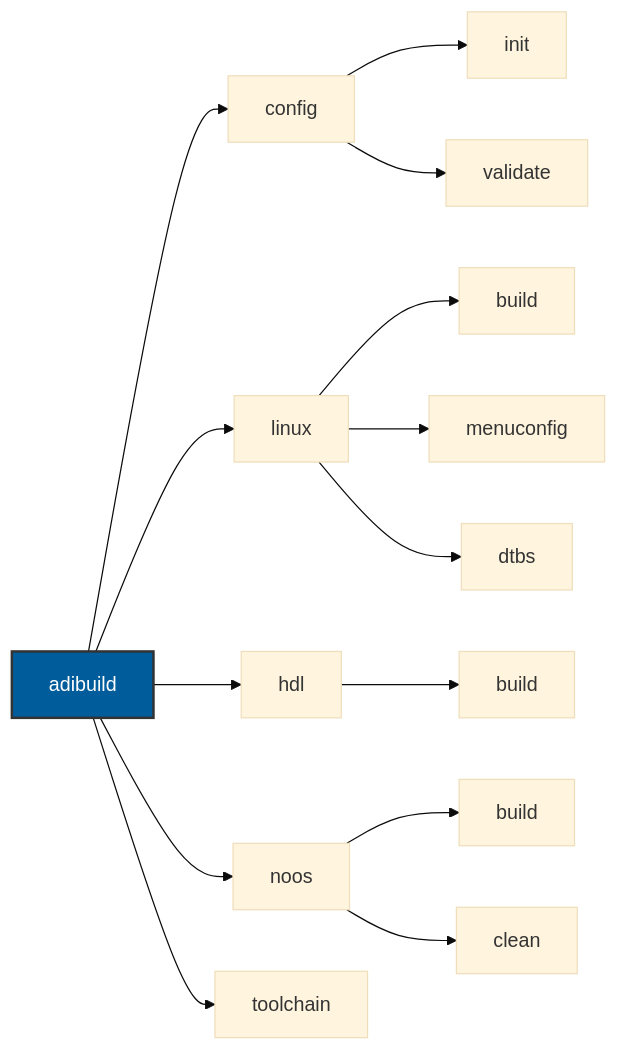
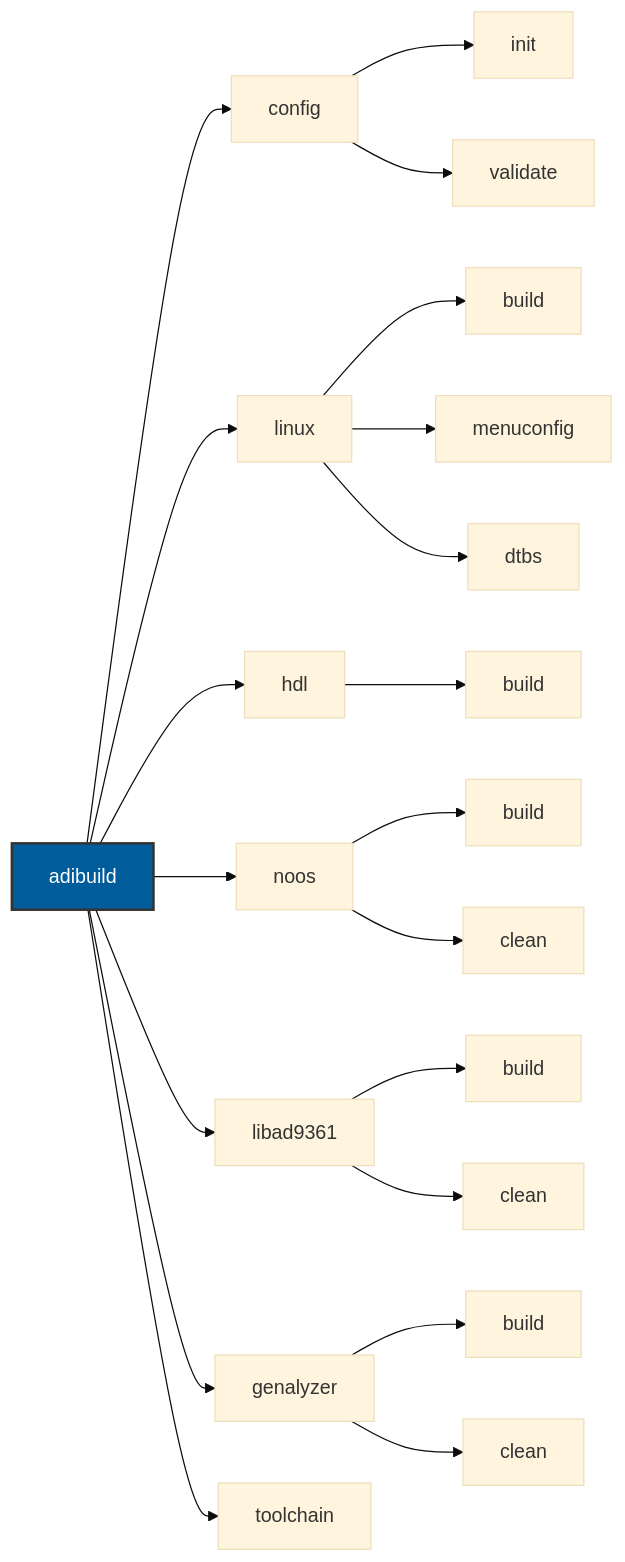
Before and after one commit to tfcollins/pyadi-build: the diagram in docs/source/user-guide/cli-usage.rst, drawn with Mermaid (base theme). The commit also changed other lines of this file and 12 other files, not shown here.

```diff
--- a/docs/source/user-guide/cli-usage.rst
+++ b/docs/source/user-guide/cli-usage.rst
@@ -11,22 +11,30 @@
 .. mermaid::
 
    graph LR
        CLI[adibuild] --> Config[config]
        CLI --> Linux[linux]
        CLI --> HDL[hdl]
        CLI --> NoOS[noos]
+       CLI --> LibAD9361[libad9361]
+       CLI --> Genalyzer[genalyzer]
        CLI --> Toolchain[toolchain]
 
        Config --> Init[init]
        Config --> Validate[validate]
 
        Linux --> LBuild[build]
        Linux --> LMenu[menuconfig]
        Linux --> LDtbs[dtbs]
 
        HDL --> HBuild[build]
 
        NoOS --> NBuild[build]
        NoOS --> NClean[clean]
 
+       LibAD9361 --> LibBuild[build]
+       LibAD9361 --> LibClean[clean]
+
+       Genalyzer --> GBuild[build]
+       Genalyzer --> GClean[clean]
+
        style CLI fill:#005c9a,stroke:#333,stroke-width:2px,color:#fff
```
